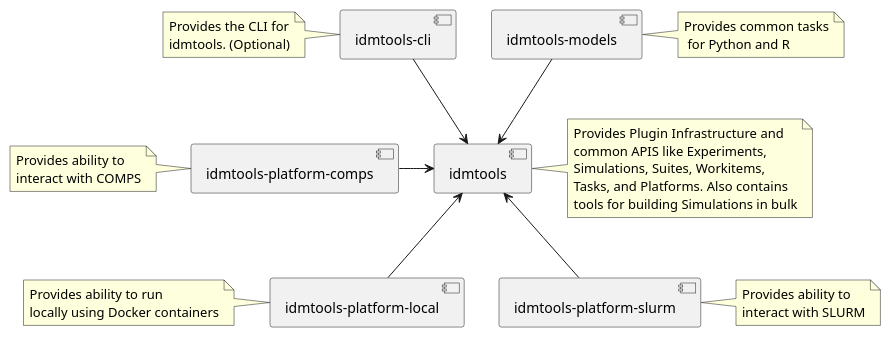
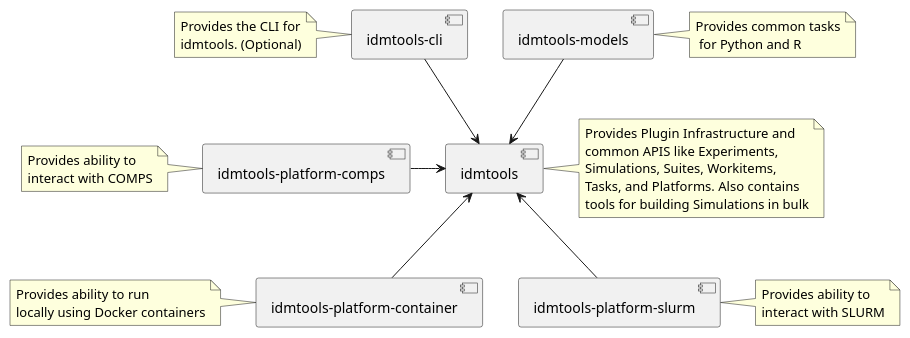
One commit to InstituteforDiseaseModeling/idmtools changed the diagram in docs/diagrams/packages_overview.puml. Above: the diagram before and after it, drawn with PlantUML.

Commit message:
update docs/diagrams/packages_overview.puml to replace local platform with container platform

```diff
--- a/docs/diagrams/packages_overview.puml
+++ b/docs/diagrams/packages_overview.puml
@@ -1,43 +1,43 @@
 @startuml
 
 [idmtools]
 note right of idmtools
 Provides Plugin Infrastructure and
 common APIS like Experiments,
 Simulations, Suites, Workitems,
 Tasks, and Platforms. Also contains
 tools for building Simulations in bulk
 end note
 [idmtools-cli]
 note left of [idmtools-cli]
     Provides the CLI for
     idmtools. (Optional)
 end note
 [idmtools-models]
 note right of [idmtools-models]
     Provides common tasks
      for Python and R
 end note
 [idmtools-platform-comps]
 note left of [idmtools-platform-comps]
     Provides ability to
     interact with COMPS
 end note
-[idmtools-platform-local]
-note left of [idmtools-platform-local]
+[idmtools-platform-container]
+note left of [idmtools-platform-container]
     Provides ability to run
     locally using Docker containers
 end note
 [idmtools-platform-slurm]
 note right of [idmtools-platform-slurm]
     Provides ability to 
     interact with SLURM
 end note
 
 [idmtools-cli] --> [idmtools]
 [idmtools-models] --> [idmtools]
 [idmtools-platform-comps] -> idmtools
-[idmtools-platform-local] -up-> idmtools
+[idmtools-platform-container] -up-> idmtools
 [idmtools-platform-slurm] -up-> idmtools
 
 @enduml
```
